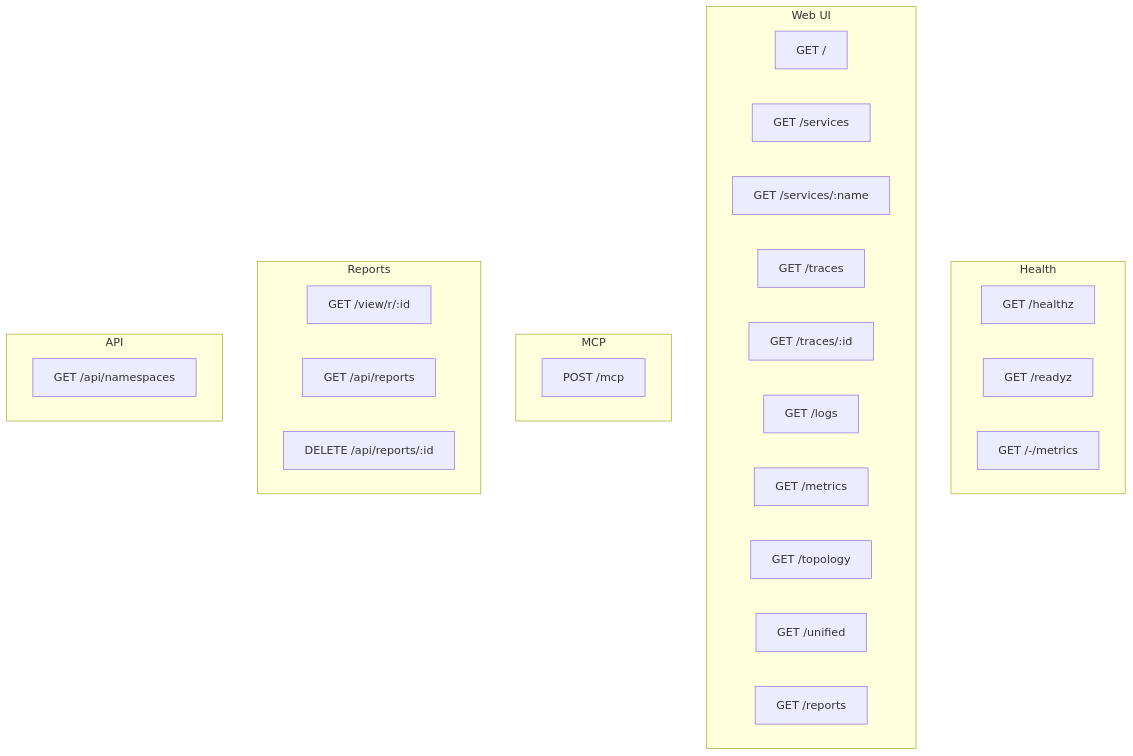
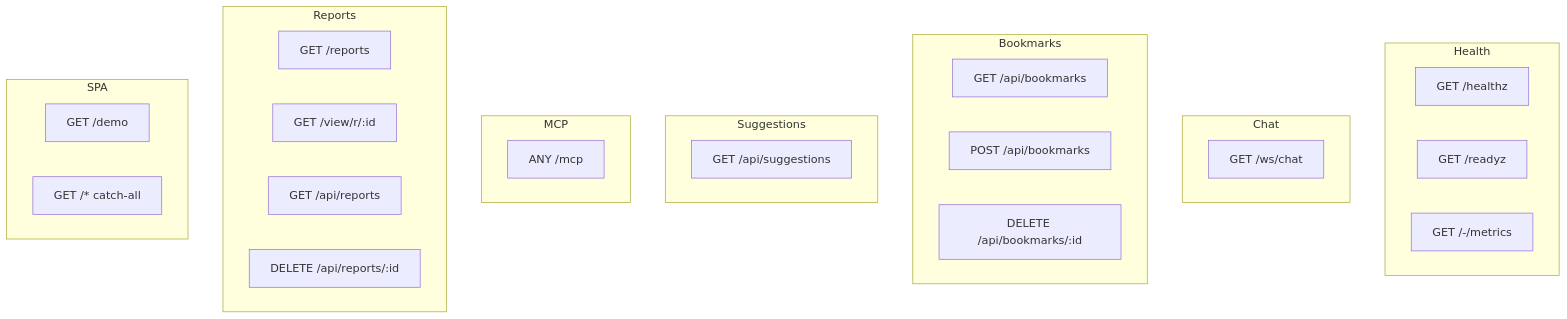
One commit to labstack/fanout changed the eighth of 10 diagrams in ARCHITECTURE.md. Above: the diagram before and after it, drawn with Mermaid. The commit also changed other lines of this file and 3 other files, not shown here.

````diff
--- a/ARCHITECTURE.md
+++ b/ARCHITECTURE.md
@@ -421,35 +391,38 @@
 ```mermaid
 graph TB
     subgraph Health
         HZ["GET /healthz"]
         RZ["GET /readyz"]
         PM["GET /-/metrics"]
     end
 
-    subgraph "Web UI"
-        OV["GET /"]
-        SV["GET /services"]
-        SD["GET /services/:name"]
-        TC["GET /traces"]
-        TD["GET /traces/:id"]
-        LG["GET /logs"]
-        MT["GET /metrics"]
-        TP["GET /topology"]
-        UF["GET /unified"]
-        RP["GET /reports"]
+    subgraph Chat
+        WS["GET /ws/chat"]
+    end
+
+    subgraph Bookmarks
+        BL["GET /api/bookmarks"]
+        BC["POST /api/bookmarks"]
+        BD["DELETE /api/bookmarks/:id"]
+    end
+
+    subgraph Suggestions
+        SG["GET /api/suggestions"]
     end
 
     subgraph MCP
-        MC["POST /mcp"]
+        MC["ANY /mcp"]
     end
 
     subgraph Reports
+        RP["GET /reports"]
         VW["GET /view/r/:id"]
         RL["GET /api/reports"]
         RD["DELETE /api/reports/:id"]
     end
 
-    subgraph API
-        NS["GET /api/namespaces"]
+    subgraph SPA
+        DM["GET /demo"]
+        CA["GET /* catch-all"]
     end
 ```
````
